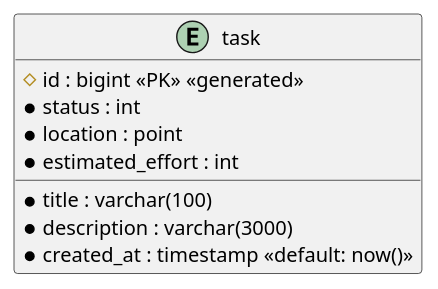
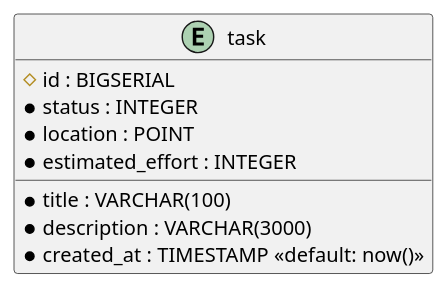
Before and after one commit to 2425-3ahitm-itp/02-projekte-helpr: the diagram in asciidocs/docs/datenmodell/datenmodell.puml, drawn with PlantUML. The commit also changed 1 other file, not shown here.

Commit message:
refactor(datamodel): make datatypes all caps and make primary key a BIGSERIAL

```diff
--- a/asciidocs/docs/datenmodell/datenmodell.puml
+++ b/asciidocs/docs/datenmodell/datenmodell.puml
@@ -1,13 +1,13 @@
 @startuml
 
 entity "task" as task {
-  # id : bigint <<PK>> <<generated>>
-  * title : varchar(100)
-  * description : varchar(3000)
-  * status : int
-  * location : point
-  * estimated_effort : int
-  * created_at : timestamp <<default: now()>>
+  # id : BIGSERIAL
+  * title : VARCHAR(100)
+  * description : VARCHAR(3000)
+  * status : INTEGER
+  * location : POINT
+  * estimated_effort : INTEGER
+  * created_at : TIMESTAMP <<default: now()>>
 }
 
 @enduml
```
